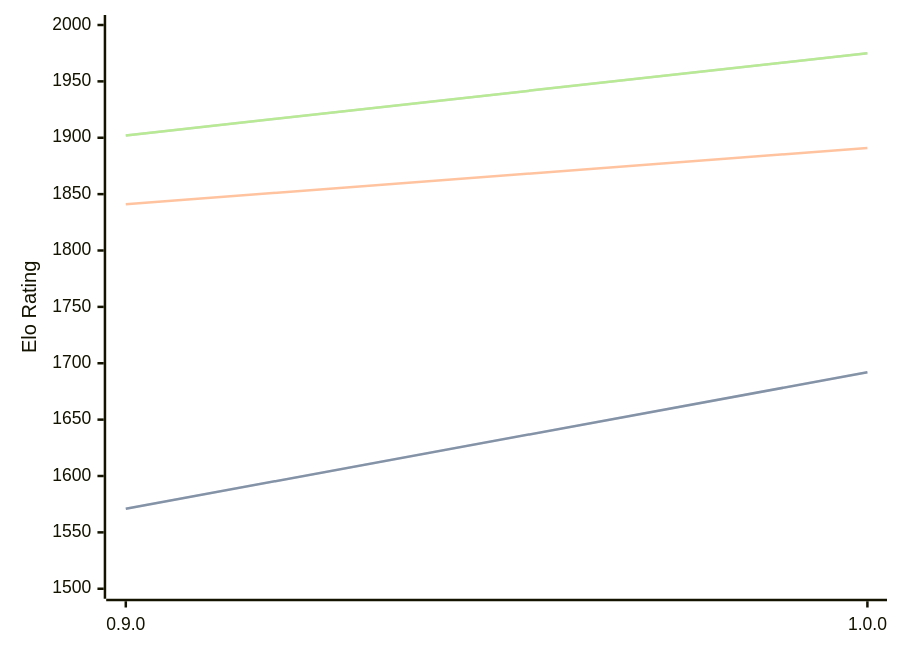
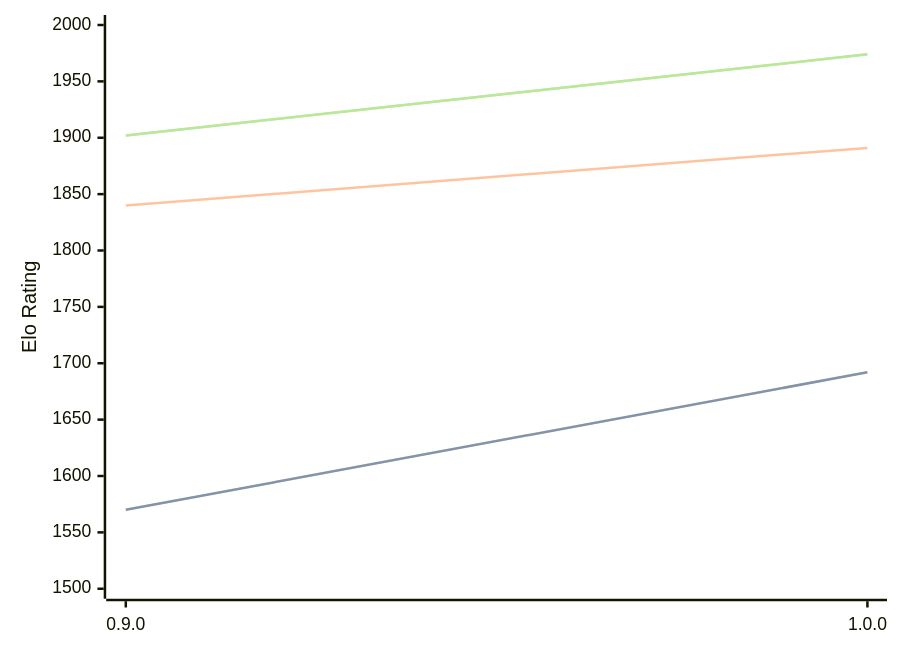
Before and after one commit to computer-chess-index/cci: the diagram in engines/Ratsu.md, drawn with Mermaid. The commit also changed other lines of this file, not shown here.

Commit message:
Update CCI Ratings (ELO VLTC) - 2026-03-04

````diff
--- a/engines/Ratsu.md
+++ b/engines/Ratsu.md
@@ -30,11 +30,11 @@
 ```mermaid
 %%{init: {"theme":"base","themeVariables":{"seriesColors:['#a3a3a3','#222221','#faa371']}}}%%
 xychart-beta
   x-axis ["0.9.0", "1.0.0"]
   y-axis "Elo Rating" 1500 --> 2000
-  line "STC (8.0+0.08s)" [1571, 1692]
-  line "STC (8.0+0.08s)" [1571, 1692]
-  line "LTC (60.0+0.60s)" [1841, 1891]
-  line "VLTC (2m24s+1.12s)" [1902, 1975]
-  line "VLTC (2m24s+1.12s)" [1902, 1975]
+  line "STC (8.0+0.08s)" [1570, 1692]
+  line "STC (8.0+0.08s)" [1570, 1692]
+  line "LTC (60.0+0.60s)" [1840, 1891]
+  line "VLTC (2m24s+1.12s)" [1902, 1974]
+  line "VLTC (2m24s+1.12s)" [1902, 1974]
 ```
````
